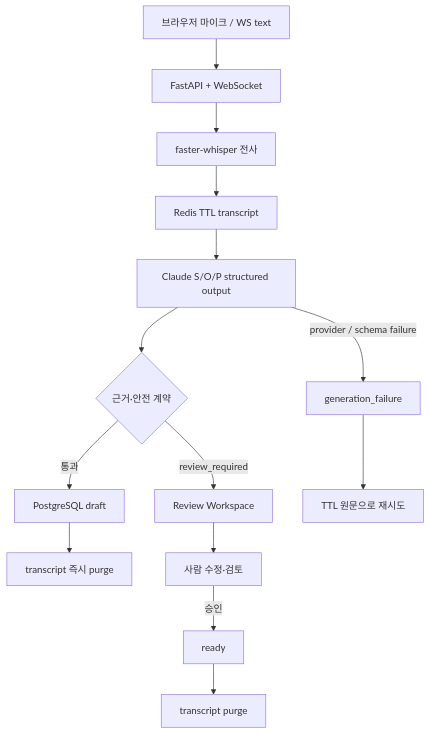
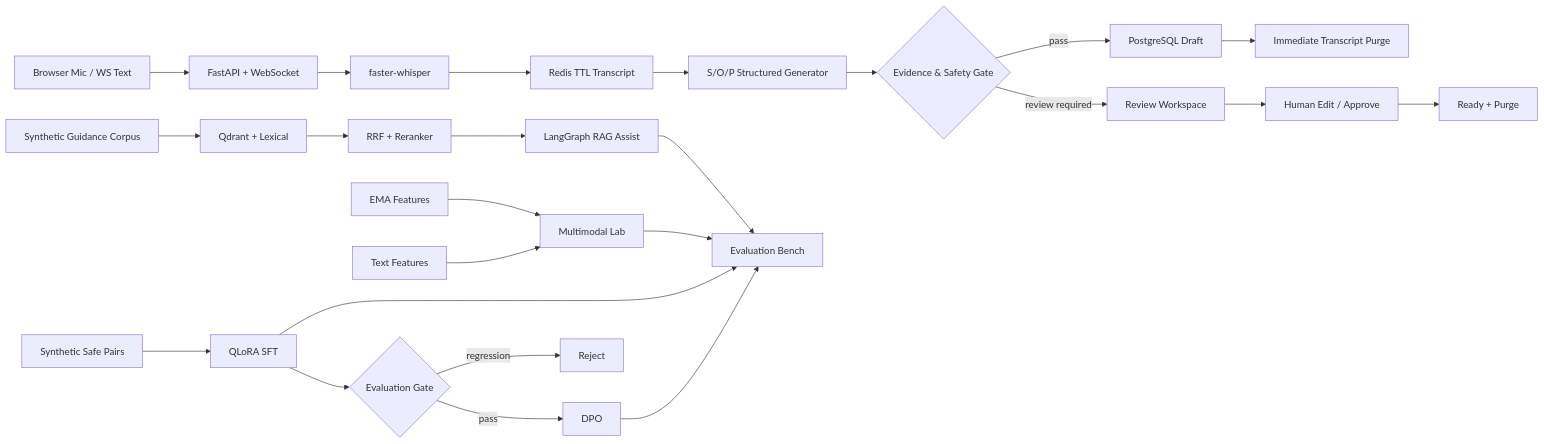
Before and after one commit to sokldjs554/careflow-backend: the diagram in README.md, drawn with Mermaid. The commit also changed other lines of this file, not shown here.

````diff
--- a/README.md
+++ b/README.md
@@ -40,16 +61,30 @@
 ```mermaid
-flowchart TD
-    A[브라우저 마이크 / WS text] --> B[FastAPI + WebSocket]
-    B --> C[faster-whisper 전사]
-    C --> D[Redis TTL transcript]
-    D --> E[Claude S/O/P structured output]
-    E --> F{근거·안전 계약}
-    F -->|통과| G[PostgreSQL draft]
-    G --> H[transcript 즉시 purge]
-    F -->|review_required| I[Review Workspace]
-    I --> J[사람 수정·검토]
-    J -->|승인| K[ready]
-    K --> L[transcript purge]
-    E -->|provider / schema failure| M[generation_failure]
-    M --> N[TTL 원문으로 재시도]
+flowchart LR
+    A[Browser Mic / WS Text] --> B[FastAPI + WebSocket]
+    B --> C[faster-whisper]
+    C --> D[Redis TTL Transcript]
+    D --> E[S/O/P Structured Generator]
+    E --> F{Evidence & Safety Gate}
+    F -->|pass| G[PostgreSQL Draft]
+    G --> H[Immediate Transcript Purge]
+    F -->|review required| I[Review Workspace]
+    I --> J[Human Edit / Approve]
+    J --> K[Ready + Purge]
+
+    L[Synthetic Guidance Corpus] --> M[Qdrant + Lexical]
+    M --> N[RRF + Reranker]
+    N --> O[LangGraph RAG Assist]
+
+    P[EMA Features] --> Q[Multimodal Lab]
+    R[Text Features] --> Q
+
+    S[Synthetic Safe Pairs] --> T[QLoRA SFT]
+    T --> U{Evaluation Gate}
+    U -->|pass| V[DPO]
+    U -->|regression| W[Reject]
+
+    O --> X[Evaluation Bench]
+    Q --> X
+    T --> X
+    V --> X
 ```
````
